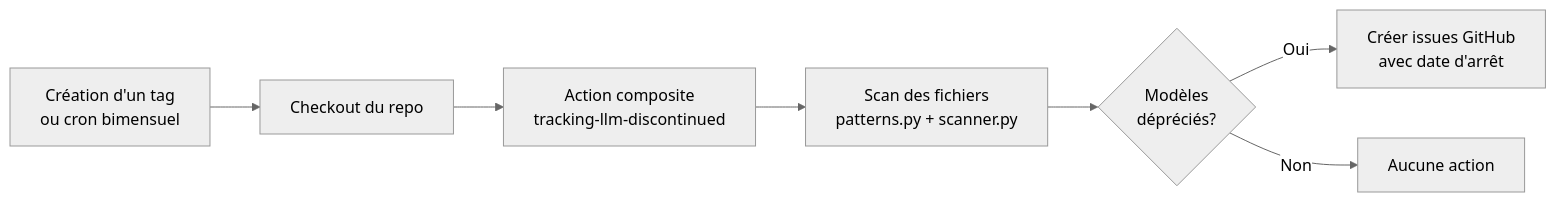
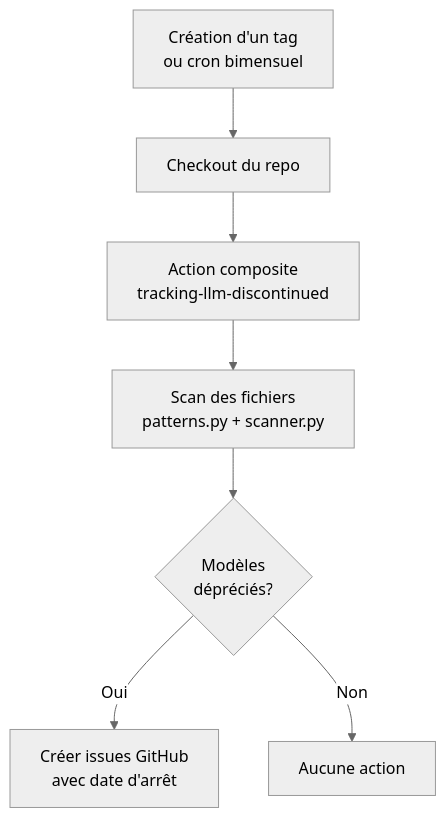
The first of 2 diagrams in README.md (Baseline-quebec/tracking-llm-discontinued), drawn with Mermaid (neutral theme) before and after one commit. The commit also changed 1 other file, not shown here.

Commit message:
fix: skip Slack notification when webhook secret is not configured (#28)
* docs: clarify that the action uses regex, not AI/LLM APIs

Claude is used to maintain the registry and develop regex patterns,
but the composite action running in target repos is purely static analysis.

* fix: skip Slack notification when webhook secret is not configured

* refactor: remove Slack notification from scan workflow

Slack is redundant — GitHub issue assignees already get notified.
Also changes scan diagram to top-down layout.

---------

````diff
--- a/README.md
+++ b/README.md
@@ -15,9 +15,9 @@
 ```mermaid
-flowchart LR
+flowchart TD
     A[Création d'un tag<br>ou cron bimensuel] --> B[Checkout du repo]
     B --> C[Action composite<br>tracking-llm-discontinued]
     C --> D[Scan des fichiers<br>patterns.py + scanner.py]
     D --> E{Modèles<br>dépréciés?}
     E -->|Oui| F[Créer issues GitHub<br>avec date d'arrêt]
     E -->|Non| G[Aucune action]
 ```
````
